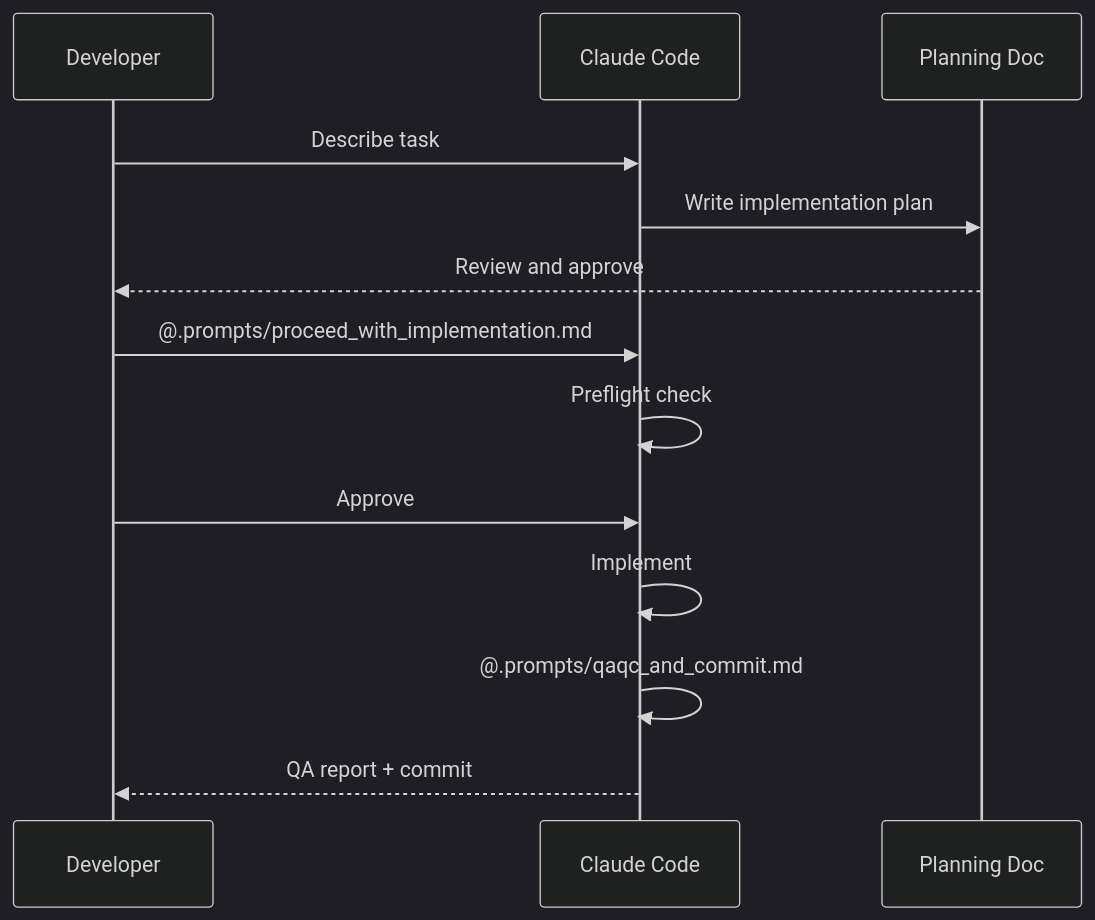
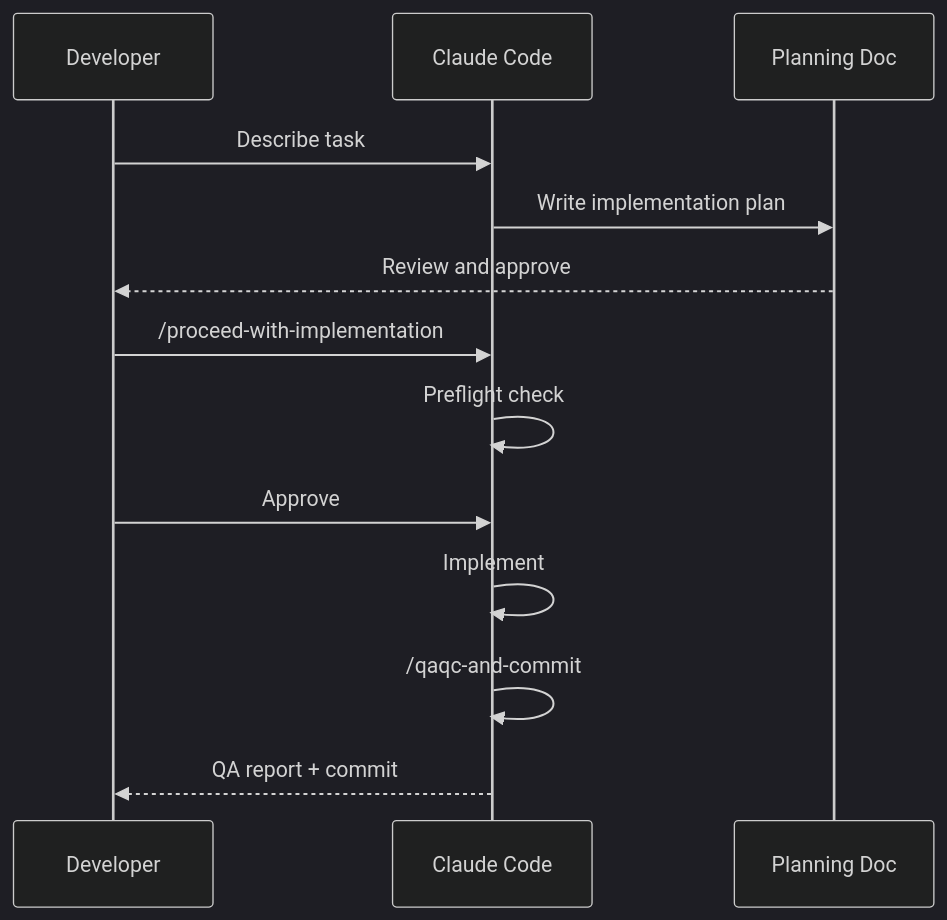
One commit to lassiterdc/multidriver-swg changed the diagram in docs/usage.md. Above: the diagram before and after it, drawn with Mermaid (dark theme). The commit also changed 16 other files, not shown here.

````diff
--- a/docs/usage.md
+++ b/docs/usage.md
@@ -18,16 +18,16 @@
 ```mermaid
 sequenceDiagram
     participant D as Developer
     participant C as Claude Code
     participant P as Planning Doc
 
     D->>C: Describe task
     C->>P: Write implementation plan
     P-->>D: Review and approve
-    D->>C: @.prompts/proceed_with_implementation.md
+    D->>C: /proceed-with-implementation
     C->>C: Preflight check
     D->>C: Approve
     C->>C: Implement
-    C->>C: @.prompts/qaqc_and_commit.md
+    C->>C: /qaqc-and-commit
     C-->>D: QA report + commit
 ```
````
